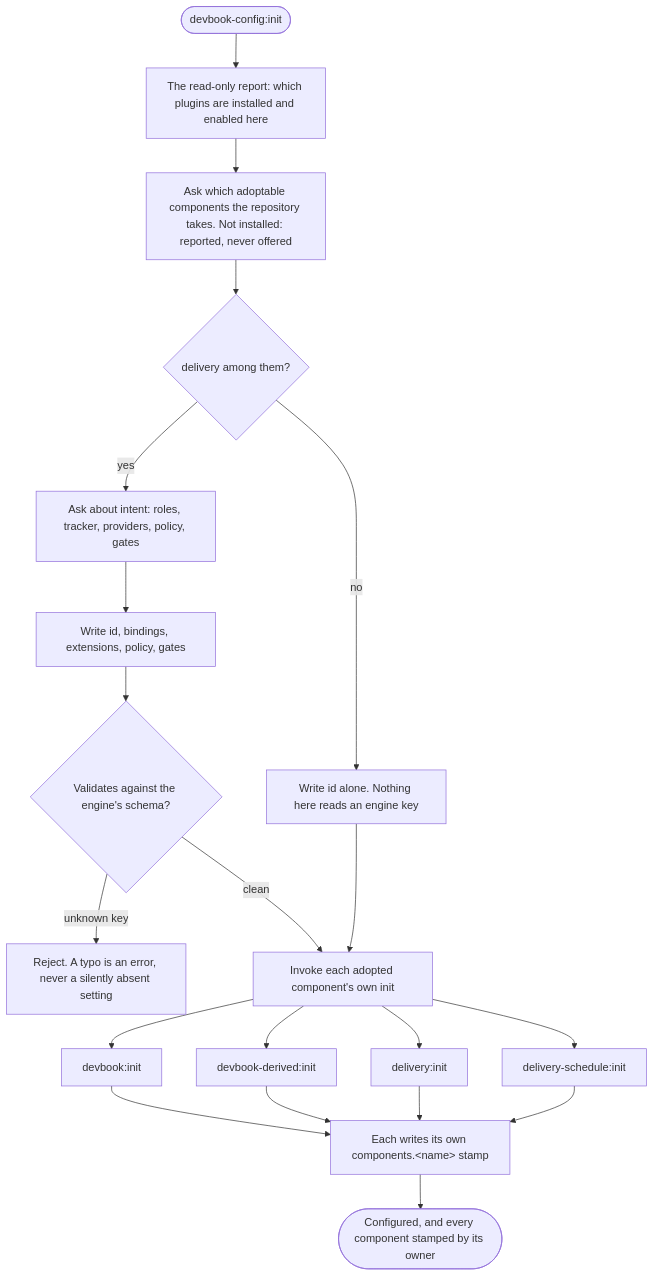
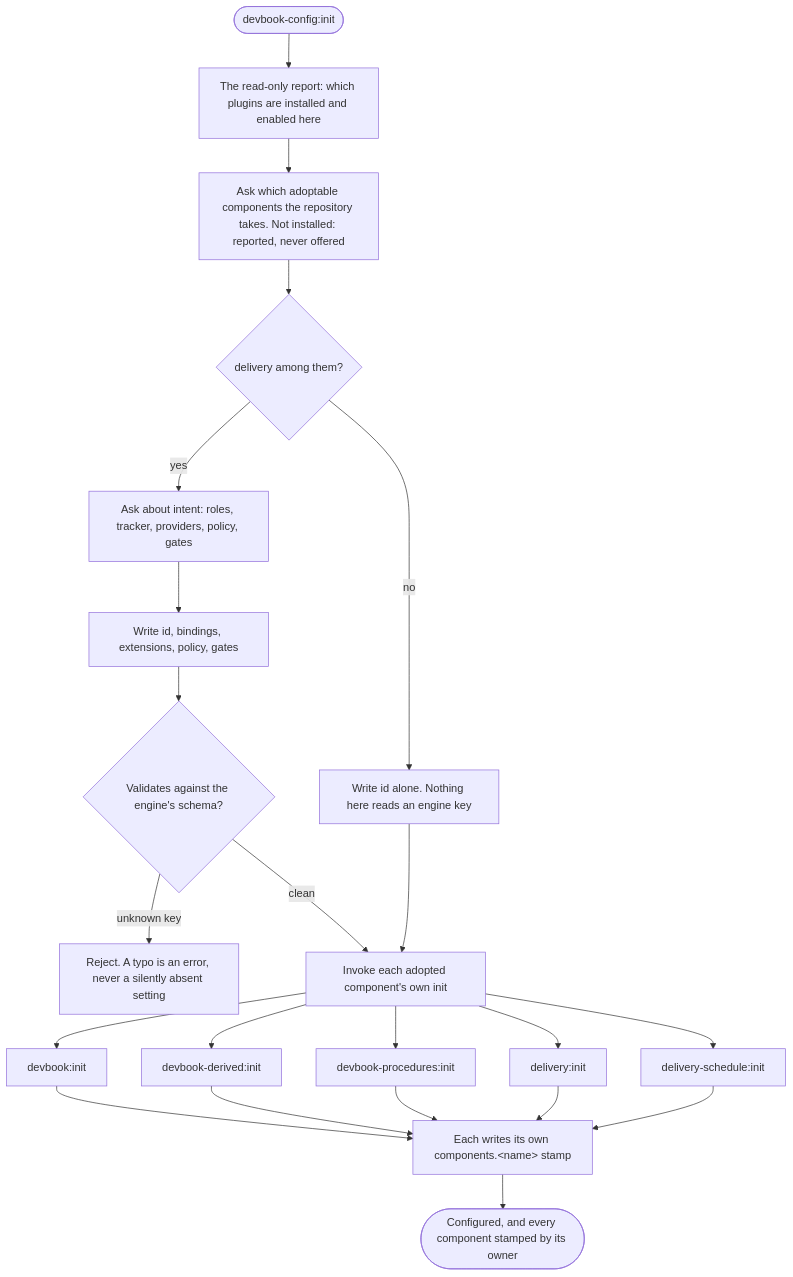
Before and after one commit to JSdotNet/ai-agent-stack: the second of 3 diagrams in .devbook/arc42/building-blocks/devbook-config.md, drawn with Mermaid. The commit also changed 1 other file, not shown here.

Commit message:
devbook-config: init names every component init it fans out to
Step 6 named devbook:init and devbook-procedures:init and stopped, while
devbook-derived, delivery, and delivery-schedule ship an init too, hidden from
the menu with user-invocable: false so the fan-out is the only path a person
has to them. The chapter's fan-out diagram gains devbook-procedures:init, which
it had left out.

````diff
--- a/.devbook/arc42/building-blocks/devbook-config.md
+++ b/.devbook/arc42/building-blocks/devbook-config.md
@@ -400,22 +400,24 @@
 ```mermaid
 flowchart TD
     start(["devbook-config:init"]) --> report["The read-only report: which plugins are installed and enabled here"]
     report --> adopt["Ask which adoptable components the repository takes. Not installed: reported, never offered"]
     adopt --> delivery{"delivery among them?"}
     delivery -->|no| idOnly["Write id alone. Nothing here reads an engine key"]
     delivery -->|yes| intent["Ask about intent: roles, tracker, providers, policy, gates"]
     intent --> keys["Write id, bindings, extensions, policy, gates"]
     keys --> validate{"Validates against the engine's schema?"}
     validate -->|"unknown key"| reject["Reject. A typo is an error, never a silently absent setting"]
     validate -->|clean| fanout["Invoke each adopted component's own init"]
     idOnly --> fanout
     fanout --> devbookInstall["devbook:init"]
     fanout --> derivedInstall["devbook-derived:init"]
+    fanout --> proceduresInstall["devbook-procedures:init"]
     fanout --> deliveryInstall["delivery:init"]
     fanout --> scheduleInstall["delivery-schedule:init"]
     devbookInstall --> stamps["Each writes its own components.&lt;name&gt; stamp"]
     derivedInstall --> stamps
+    proceduresInstall --> stamps
     deliveryInstall --> stamps
     scheduleInstall --> stamps
     stamps --> done(["Configured, and every component stamped by its owner"])
 ```
````
